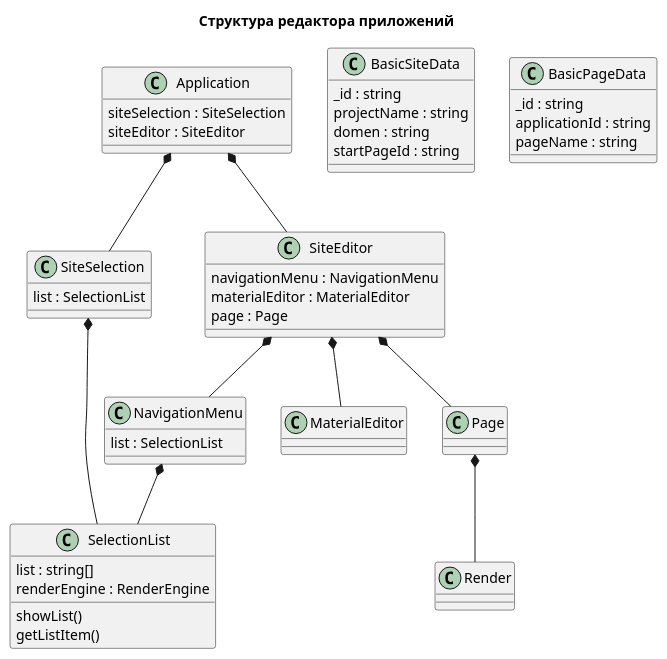
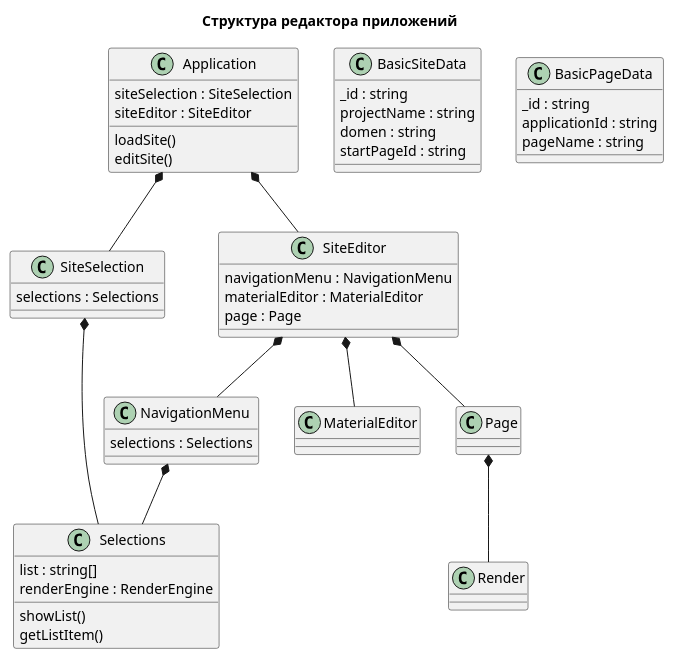
The diagram in client/src/Types/Structure/NewStructure/appStructure.puml (NikolayDemchenko/ReactTest), drawn with PlantUML before and after one commit.

Commit message:
Допилить селекшены

```diff
--- a/client/src/Types/Structure/NewStructure/appStructure.puml
+++ b/client/src/Types/Structure/NewStructure/appStructure.puml
@@ -1,166 +1,168 @@
 @startuml
 title Структура редактора приложений
 
 
-class "Application" as Application{  
+class "Application" as Application {  
     siteSelection : SiteSelection
     siteEditor : SiteEditor
+    loadSite()
+    editSite()
 }
 Application *-- SiteSelection
 Application *-- SiteEditor
 
 class "SiteSelection" as SiteSelection { 
-   list : SelectionList       
+   selections : Selections       
 }
-SiteSelection *-- SelectionList
+SiteSelection *-- Selections
 
 class "BasicSiteData" as BasicSiteData{
     _id : string   
     projectName : string   
     domen : string   
     startPageId : string   
 }
 
 class "SiteEditor" as SiteEditor{
         navigationMenu : NavigationMenu
         materialEditor : MaterialEditor
         page : Page   
 }
 SiteEditor *-- NavigationMenu
 SiteEditor *-- MaterialEditor
 SiteEditor *-- Page
 
 class "NavigationMenu" as NavigationMenu{ 
-      list : SelectionList
+      selections : Selections
 }
-NavigationMenu *-- SelectionList
+NavigationMenu *-- Selections
 class "Render" as Render{    
 }
 Page *-- Render
-class "SelectionList" as SelectionList{ 
+class "Selections" as Selections{ 
     list : string[]  
     renderEngine : RenderEngine  
     showList()  
     getListItem()
 }
 class "MaterialEditor" as MaterialEditor{    
 }
 class "Page" as Page{  
     ' render : Render  
 }
 class "BasicPageData" as BasicPageData{
     _id : string   
     applicationId : string   
     pageName : string   
     
      
 }
 
 ' interface "ICollection<T>" as ICollection {    
 ' collection: any
 ' add(element:T )
 ' remove( element: T)
 ' }
 ' interface "IData" as IData{    
 '     setData() 
 '     getData()
 ' }
 ' interface "IRender" as IRender{ 
 '     render()  
 ' }
 
 ' ' Генератор модели
 ' class "ModelCreator" as ModelCreator{
 '     element:MyReactElement
 '     render(...children)
     
 ' }
 ' ' Базовый компонент
 ' class "MyBaseComponent" as MyBaseComponent{
 '     element:MyReactElement
 '     render(...children)
     
 ' }
 ' MyBaseComponent *-l- MyReactElement
 ' ' Элемент
 ' class "MyReactElement" as MyReactElement{
 '     _id:string
 '     tag:string
 '     props:MyObject  
 '     setData( tag:string , props: MyObject )
 '     getData()
     
 ' }
 ' MyReactElement *-l- MyObject
 ' MyReactElement .r.|> IData
 
 
 ' ' Объект
 ' class "MyObject" as MyObject{
 
 '     collection:{ [ key: string ] :any }
 '     add(  key: string , value :any )
 '     remove(  key: string )   
 '     setData( collection:{ [ key: string ] :any } )
 '     getData() 
 ' }
 ' MyObject .l.|> IData
 ' MyObject .u.|> ICollection
 
 ' ' Инпут
 ' class "MyInput" as MyInput{  
 '     type: string
 '     setData( type: string )
 '     getData()
 '     render()
 ' }
 ' ' Кнопка
 ' class "MyButton" as MyButton{  
 '     title: string
 '     setData( title: string )
 '     getData()
 '     render()
 ' }
 ' ' Текст
 ' class "MyText" as MyText{  
 '     text: string
 '     setData( text: string )
 '     getData()
 '     render()
 ' }
 ' MyText .l.|> IData
 ' MyText ..|> IRender
 ' MyText --|> MyBaseComponent
 
 ' ' Переменная
 ' class "MyVariable" as MyVariable{   
 '     key: MyText
 '     value: MyText | MyArray
 '     setData( name: MyText, value: MyText | MyArray )
 '     getData()
 '     render()
 ' }
 ' MyVariable *-- MyText
 ' MyVariable ..|> IData
 ' MyVariable ..|> IRender
 ' MyVariable --|> MyBaseComponent
 
 
 ' ' Массив
 ' class "MyArray" as MyArray{
 ' collection: { MyText | MyVariable | MyArray}[]
 ' add( element: MyText | MyVariable | MyArray)
 ' remove( element: MyText | MyVariable | MyArray)
 ' setData( array: { MyText | MyVariable | MyArray}[] )
 ' getData()
 ' render()
 ' }
 ' MyArray ..|> ICollection
 ' MyArray ..|> IData
 ' MyArray ..|> IRender
 ' MyArray o-- MyArray
 ' MyArray o-l- MyVariable
 ' MyArray o-- MyText
 ' MyArray --|> MyBaseComponent
 
 @enduml
```
